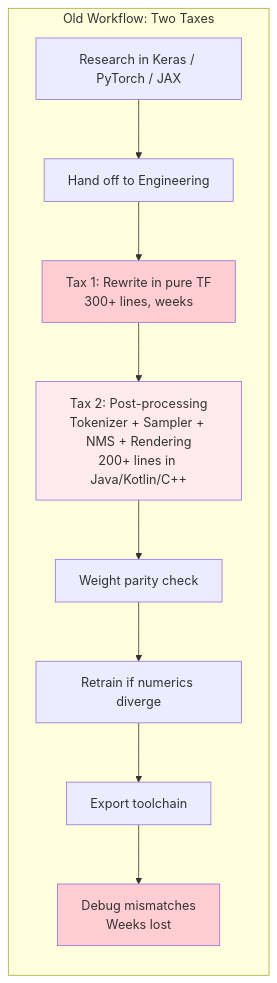
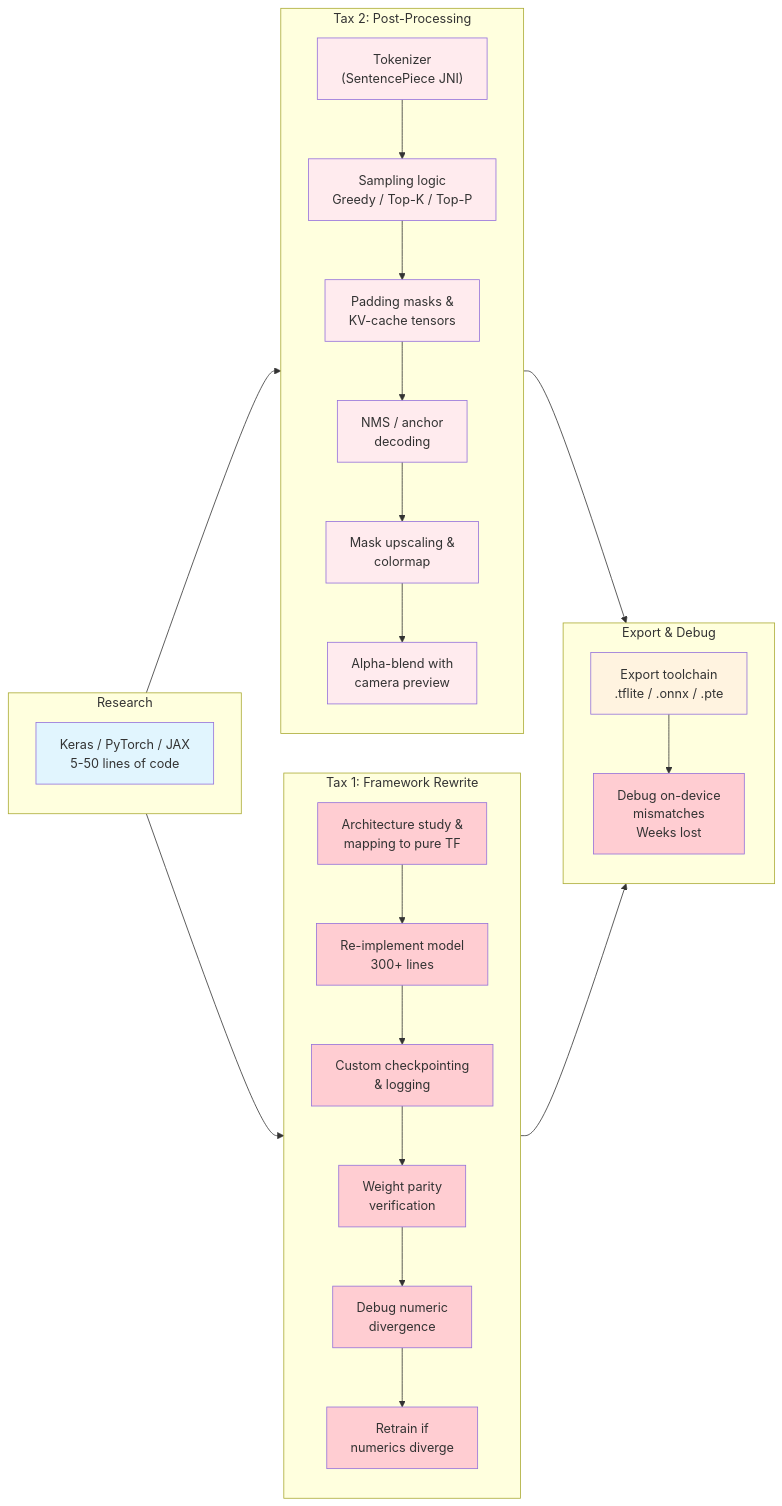
The third of 13 diagrams in slide.md (pctablet505/litert-demo), drawn with Mermaid before and after one commit. The commit also changed other lines of this file, not shown here.

Commit message:
slides: replace Slide 9 diagram with comprehensive end-to-end flow
New mermaid diagram shows the full old workflow with explicit
sub-steps for both taxes running in parallel:

- Research column (blue): Keras/PyTorch/JAX, 5-50 lines
- Tax 1 column (red): 6 sequential steps from architecture mapping
  through retrain-if-diverge
- Tax 2 column (pink): 6 sequential steps from tokenizer through
  alpha-blend rendering
- Export column (yellow→red): toolchain then on-device debug

Makes the parallel burden visceral: engineering pays both taxes
simultaneously, each with 6+ steps, before anything ships.

No force used.

````diff
--- a/slide.md
+++ b/slide.md
@@ -232,16 +232,57 @@
 ```mermaid
 flowchart LR
-    subgraph OLD["Old Workflow: Two Taxes"]
+    subgraph RESEARCH["Research"]
         direction TB
-        A["Research in Keras / PyTorch / JAX"] --> B["Hand off to Engineering"]
-        B --> C["Tax 1: Rewrite in pure TF<br/>300+ lines, weeks"]
-        C --> D["Tax 2: Post-processing<br/>Tokenizer + Sampler + NMS + Rendering<br/>200+ lines in Java/Kotlin/C++"]
-        D --> E["Weight parity check"]
-        E --> F["Retrain if numerics diverge"]
-        F --> G["Export toolchain"]
-        G --> H["Debug mismatches<br/>Weeks lost"]
-        style C fill:#ffcdd2
-        style D fill:#ffebee
-        style H fill:#ffcdd2
+        A["Keras / PyTorch / JAX<br/>5-50 lines of code"]
     end
+
+    subgraph TAX1["Tax 1: Framework Rewrite"]
+        direction TB
+        B1["Architecture study &<br/>mapping to pure TF"]
+        B2["Re-implement model<br/>300+ lines"]
+        B3["Custom checkpointing<br/>& logging"]
+        B4["Weight parity<br/>verification"]
+        B5["Debug numeric<br/>divergence"]
+        B6["Retrain if<br/>numerics diverge"]
+        B1 --> B2 --> B3 --> B4 --> B5 --> B6
+    end
+
+    subgraph TAX2["Tax 2: Post-Processing"]
+        direction TB
+        C1["Tokenizer<br/>(SentencePiece JNI)"]
+        C2["Sampling logic<br/>Greedy / Top-K / Top-P"]
+        C3["Padding masks &<br/>KV-cache tensors"]
+        C4["NMS / anchor<br/>decoding"]
+        C5["Mask upscaling &<br/>colormap"]
+        C6["Alpha-blend with<br/>camera preview"]
+        C1 --> C2 --> C3 --> C4 --> C5 --> C6
+    end
+
+    subgraph EXPORT["Export & Debug"]
+        direction TB
+        D["Export toolchain<br/>.tflite / .onnx / .pte"]
+        E["Debug on-device<br/>mismatches<br/>Weeks lost"]
+        D --> E
+    end
+
+    A --> TAX1
+    A --> TAX2
+    B6 --> D
+    C6 --> D
+
+    style A fill:#e1f5fe
+    style B1 fill:#ffcdd2
+    style B2 fill:#ffcdd2
+    style B3 fill:#ffcdd2
+    style B4 fill:#ffcdd2
+    style B5 fill:#ffcdd2
+    style B6 fill:#ffcdd2
+    style C1 fill:#ffebee
+    style C2 fill:#ffebee
+    style C3 fill:#ffebee
+    style C4 fill:#ffebee
+    style C5 fill:#ffebee
+    style C6 fill:#ffebee
+    style D fill:#fff3e0
+    style E fill:#ffcdd2
 ```
````
